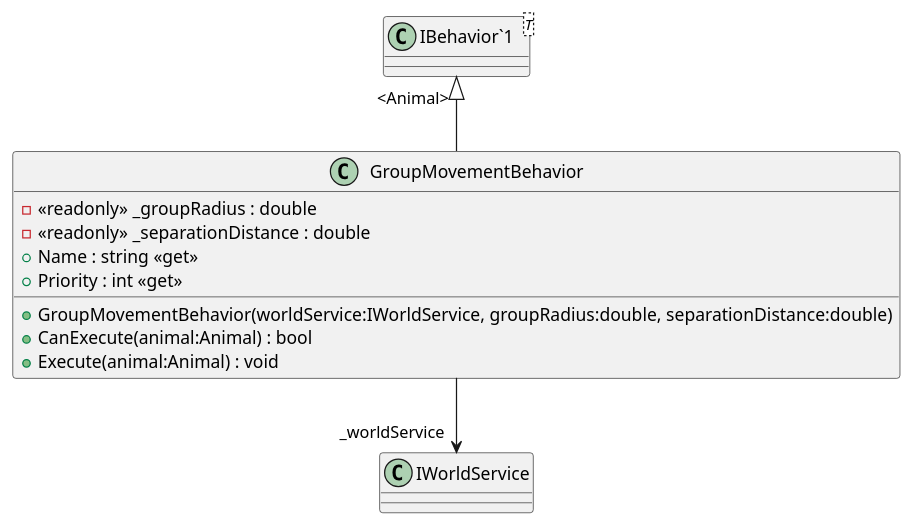
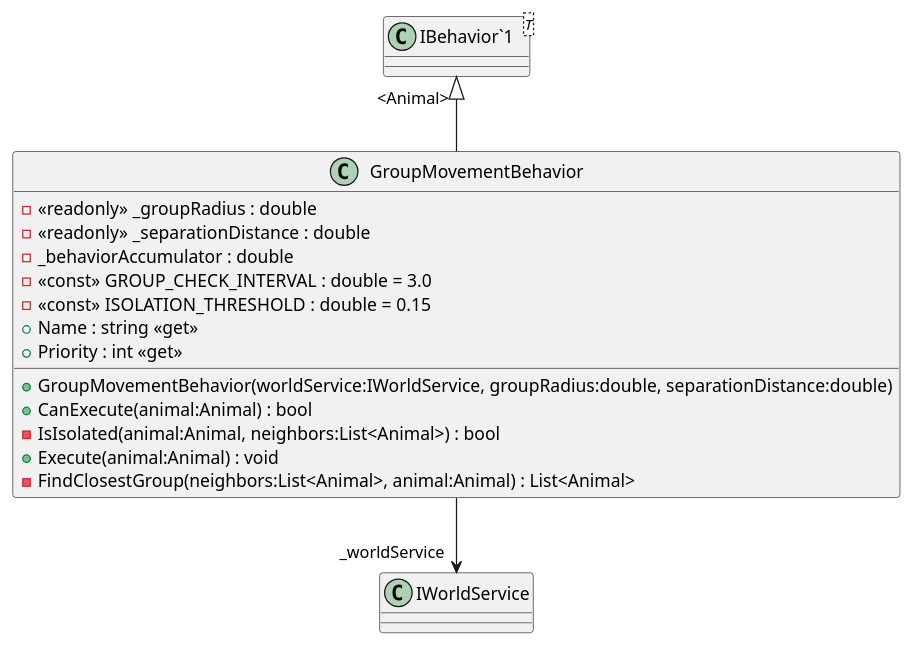
The diagram in plantuml/Models/Behaviors/Movement/GroupMovement.puml (I42I/ecosystem), drawn with PlantUML before and after one commit. The commit also changed 65 other files, not shown here.

```diff
--- a/plantuml/Models/Behaviors/Movement/GroupMovement.puml
+++ b/plantuml/Models/Behaviors/Movement/GroupMovement.puml
@@ -1,15 +1,20 @@
 @startuml
 class GroupMovementBehavior {
     - <<readonly>> _groupRadius : double
     - <<readonly>> _separationDistance : double
+    - _behaviorAccumulator : double
+    - <<const>> GROUP_CHECK_INTERVAL : double = 3.0
+    - <<const>> ISOLATION_THRESHOLD : double = 0.15
     + GroupMovementBehavior(worldService:IWorldService, groupRadius:double, separationDistance:double)
     + Name : string <<get>>
     + Priority : int <<get>>
     + CanExecute(animal:Animal) : bool
+    - IsIsolated(animal:Animal, neighbors:List<Animal>) : bool
     + Execute(animal:Animal) : void
+    - FindClosestGroup(neighbors:List<Animal>, animal:Animal) : List<Animal>
 }
 class "IBehavior`1"<T> {
 }
 "IBehavior`1" "<Animal>" <|-- GroupMovementBehavior
 GroupMovementBehavior --> "_worldService" IWorldService
 @enduml
```
